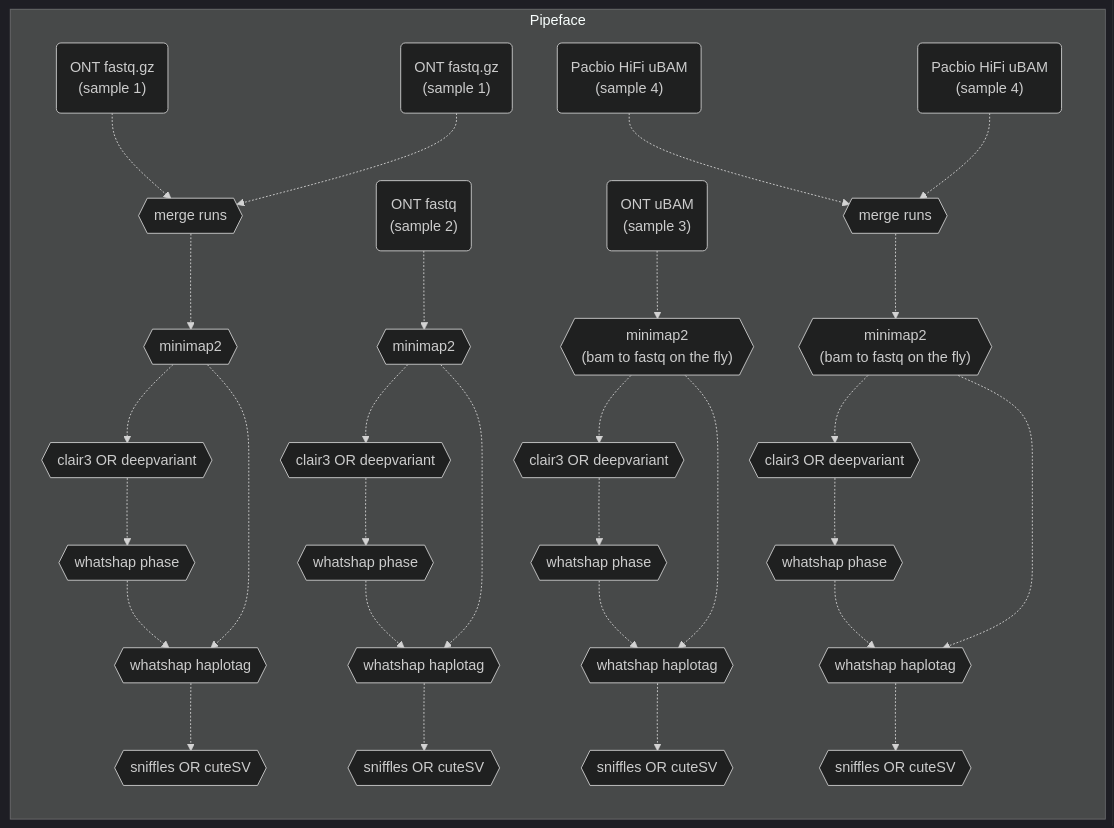
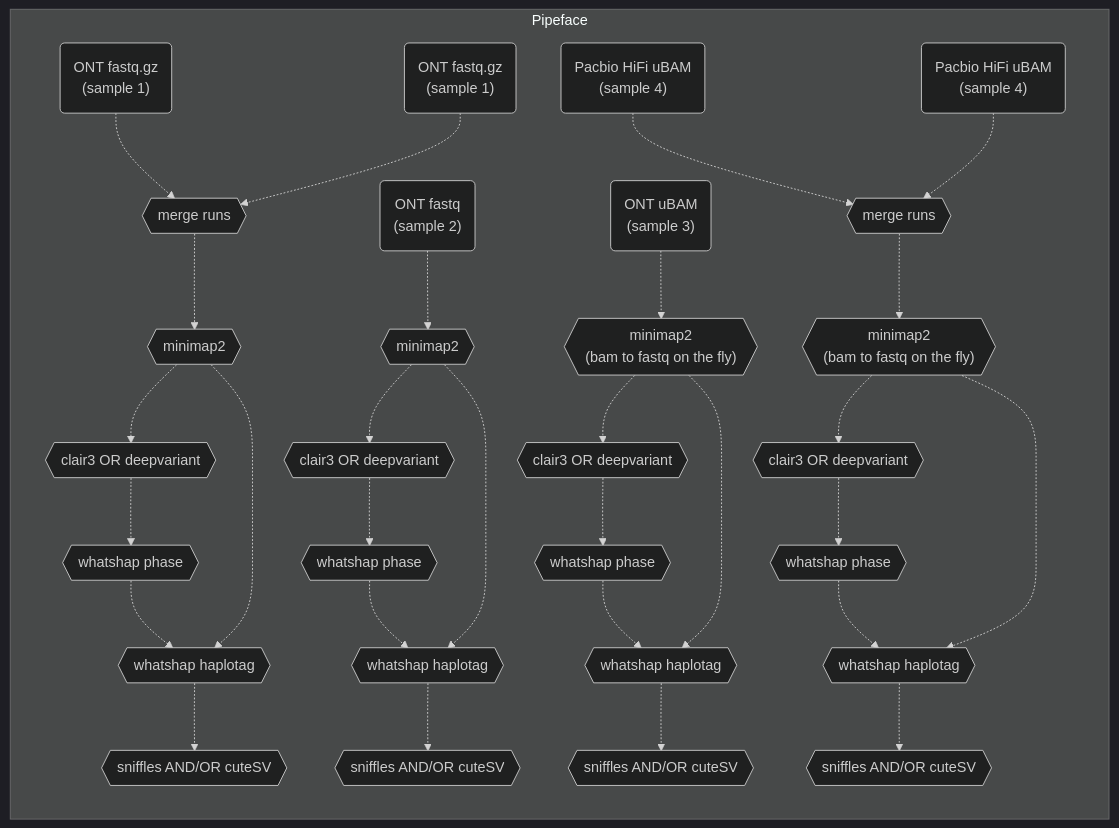
One commit to leahkemp/pipeface changed the second of 2 diagrams in README.md. Above: the diagram before and after it, drawn with Mermaid. The commit also changed other lines of this file and 2 other files, not shown here.

Commit message:
allow both SV callers to be run

````diff
--- a/README.md
+++ b/README.md
@@ -38,57 +38,57 @@
 ```mermaid
 %%{init: {'theme':'dark'}}%%
 flowchart LR
 
 subgraph "Pipeface"
 ont_data_f1("ONT fastq.gz \n (sample 1)")
 ont_data_f2("ONT fastq.gz \n (sample 1)")
 ont_data_f3("ONT fastq \n (sample 2)")
 ont_data_f4("ONT uBAM \n (sample 3)")
 
 pacbio_data_f5("Pacbio HiFi uBAM \n (sample 4)")
 pacbio_data_f6("Pacbio HiFi uBAM \n (sample 4)")
 
 merge_m1{{"merge runs"}}
 merge_m2{{"merge runs"}}
 
 minimap2_s1{{"minimap2"}}
 minimap2_s2{{"minimap2"}}
 minimap2_s3{{"minimap2 \n (bam to fastq on the fly)"}}
 minimap2_s4{{"minimap2 \n (bam to fastq on the fly)"}}
 
 snp_indel_caller_s1{{"clair3 OR deepvariant"}}
 snp_indel_caller_s2{{"clair3 OR deepvariant"}}
 snp_indel_caller_s3{{"clair3 OR deepvariant"}}
 snp_indel_caller_s4{{"clair3 OR deepvariant"}}
 
 whatshap_phase_s1{{"whatshap phase"}}
 whatshap_phase_s2{{"whatshap phase"}}
 whatshap_phase_s3{{"whatshap phase"}}
 whatshap_phase_s4{{"whatshap phase"}}
 
 whatshap_haplotag_s1{{"whatshap haplotag"}}
 whatshap_haplotag_s2{{"whatshap haplotag"}}
 whatshap_haplotag_s3{{"whatshap haplotag"}}
 whatshap_haplotag_s4{{"whatshap haplotag"}}
 
-sv_caller_s1{{"sniffles OR cuteSV"}}
-sv_caller_s2{{"sniffles OR cuteSV"}}
-sv_caller_s3{{"sniffles OR cuteSV"}}
-sv_caller_s4{{"sniffles OR cuteSV"}}
+sv_caller_s1{{"sniffles AND/OR cuteSV"}}
+sv_caller_s2{{"sniffles AND/OR cuteSV"}}
+sv_caller_s3{{"sniffles AND/OR cuteSV"}}
+sv_caller_s4{{"sniffles AND/OR cuteSV"}}
 
 ont_data_f1-.->merge_m1-.->minimap2_s1-.->snp_indel_caller_s1-.->whatshap_phase_s1-.->whatshap_haplotag_s1-.->sv_caller_s1
 ont_data_f2-.->merge_m1
 ont_data_f3-.->minimap2_s2-.->snp_indel_caller_s2-.->whatshap_phase_s2-.->whatshap_haplotag_s2-.->sv_caller_s2
 ont_data_f4-.->minimap2_s3-.->snp_indel_caller_s3-.->whatshap_phase_s3-.->whatshap_haplotag_s3-.->sv_caller_s3
 
 pacbio_data_f5-.->merge_m2-.->minimap2_s4-.->snp_indel_caller_s4-.->whatshap_phase_s4-.->whatshap_haplotag_s4-.->sv_caller_s4
 pacbio_data_f6-.->merge_m2
 
 minimap2_s1-.->whatshap_haplotag_s1
 minimap2_s2-.->whatshap_haplotag_s2
 minimap2_s3-.->whatshap_haplotag_s3
 minimap2_s4-.->whatshap_haplotag_s4
 
 end
 
 ```
````
